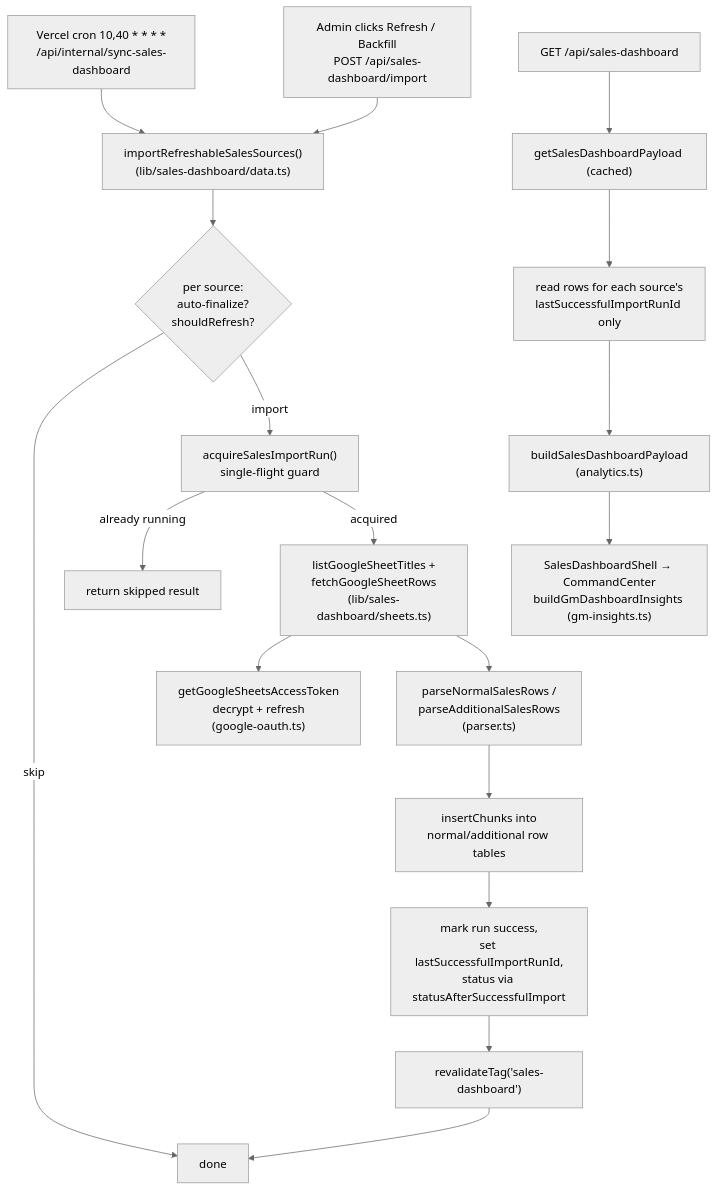
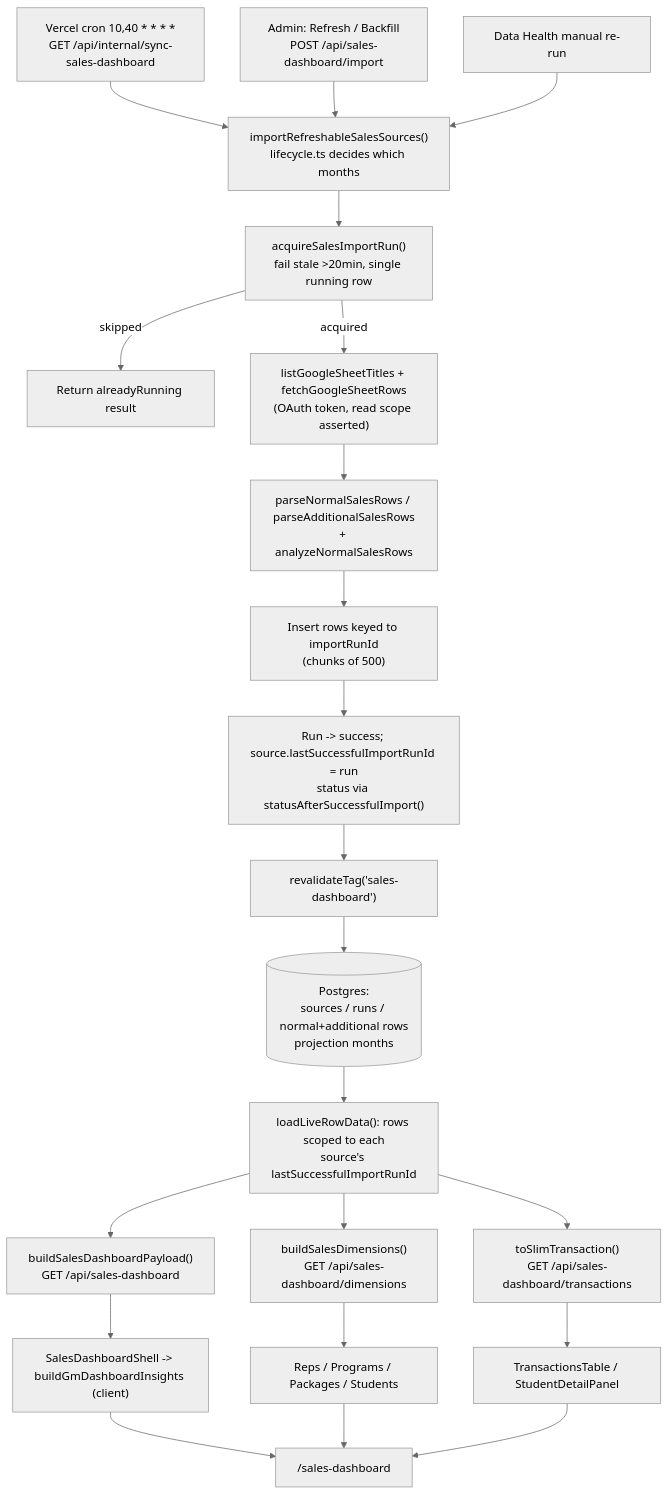
One commit to kasheesh711/bgscheduler changed the diagram in docs/features/sales-dashboard.md. Above: the diagram before and after it, drawn with Mermaid (neutral theme). The commit also changed other lines of this file and 71 other files, not shown here.

````diff
--- a/docs/features/sales-dashboard.md
+++ b/docs/features/sales-dashboard.md
@@ -54,21 +80,30 @@
 ```mermaid
 flowchart TD
-    Cron["Vercel cron 10,40 * * * *<br/>/api/internal/sync-sales-dashboard"] --> Refreshable
-    Manual["Admin clicks Refresh / Backfill<br/>POST /api/sales-dashboard/import"] --> Refreshable["importRefreshableSalesSources()<br/>(lib/sales-dashboard/data.ts)"]
-    Refreshable --> Lifecycle{"per source:<br/>auto-finalize?<br/>shouldRefresh?"}
-    Lifecycle -->|skip| Done
-    Lifecycle -->|import| Guard["acquireSalesImportRun()<br/>single-flight guard"]
-    Guard -->|already running| Skipped["return skipped result"]
-    Guard -->|acquired| Fetch["listGoogleSheetTitles +<br/>fetchGoogleSheetRows<br/>(lib/sales-dashboard/sheets.ts)"]
-    Fetch --> OAuth["getGoogleSheetsAccessToken<br/>decrypt + refresh<br/>(google-oauth.ts)"]
-    Fetch --> Parse["parseNormalSalesRows /<br/>parseAdditionalSalesRows<br/>(parser.ts)"]
-    Parse --> Persist["insertChunks into<br/>normal/additional row tables"]
-    Persist --> Promote["mark run success,<br/>set lastSuccessfulImportRunId,<br/>status via statusAfterSuccessfulImport"]
-    Promote --> Revalidate["revalidateTag('sales-dashboard')"]
-    Revalidate --> Done["done"]
+    Cron["Vercel cron 10,40 * * * *<br/>GET /api/internal/sync-sales-dashboard"] --> Refreshable
+    Admin["Admin: Refresh / Backfill<br/>POST /api/sales-dashboard/import"] --> Refreshable
+    DataHealth["Data Health manual re-run"] --> Refreshable
 
-    Read["GET /api/sales-dashboard"] --> Payload["getSalesDashboardPayload (cached)"]
-    Payload --> ReadRows["read rows for each source's<br/>lastSuccessfulImportRunId only"]
-    ReadRows --> Build["buildSalesDashboardPayload<br/>(analytics.ts)"]
-    Build --> Client["SalesDashboardShell → CommandCenter<br/>buildGmDashboardInsights (gm-insights.ts)"]
+    Refreshable["importRefreshableSalesSources()<br/>lifecycle.ts decides which months"] --> Guard
+    Guard["acquireSalesImportRun()<br/>fail stale >20min, single running row"] -->|skipped| Skip["Return alreadyRunning result"]
+    Guard -->|acquired| Fetch
+
+    Fetch["listGoogleSheetTitles + fetchGoogleSheetRows<br/>(OAuth token, read scope asserted)"] --> Parse
+    Parse["parseNormalSalesRows / parseAdditionalSalesRows<br/>+ analyzeNormalSalesRows"] --> Insert
+    Insert["Insert rows keyed to importRunId<br/>(chunks of 500)"] --> Promote
+    Promote["Run -> success; source.lastSuccessfulImportRunId = run<br/>status via statusAfterSuccessfulImport()"] --> Invalidate
+    Invalidate["revalidateTag('sales-dashboard')"] --> Cache
+
+    Cache[("Postgres:<br/>sources / runs / normal+additional rows<br/>projection months")] --> Load
+    Load["loadLiveRowData(): rows scoped to each<br/>source's lastSuccessfulImportRunId"] --> Payload
+    Load --> Dims
+    Load --> Slim
+
+    Payload["buildSalesDashboardPayload()<br/>GET /api/sales-dashboard"] --> Shell
+    Dims["buildSalesDimensions()<br/>GET /api/sales-dashboard/dimensions"] --> Tabs
+    Slim["toSlimTransaction()<br/>GET /api/sales-dashboard/transactions"] --> Drill
+
+    Shell["SalesDashboardShell -> buildGmDashboardInsights (client)"] --> UI
+    Tabs["Reps / Programs / Packages / Students"] --> UI
+    Drill["TransactionsTable / StudentDetailPanel"] --> UI
+    UI["/sales-dashboard"]
 ```
````
